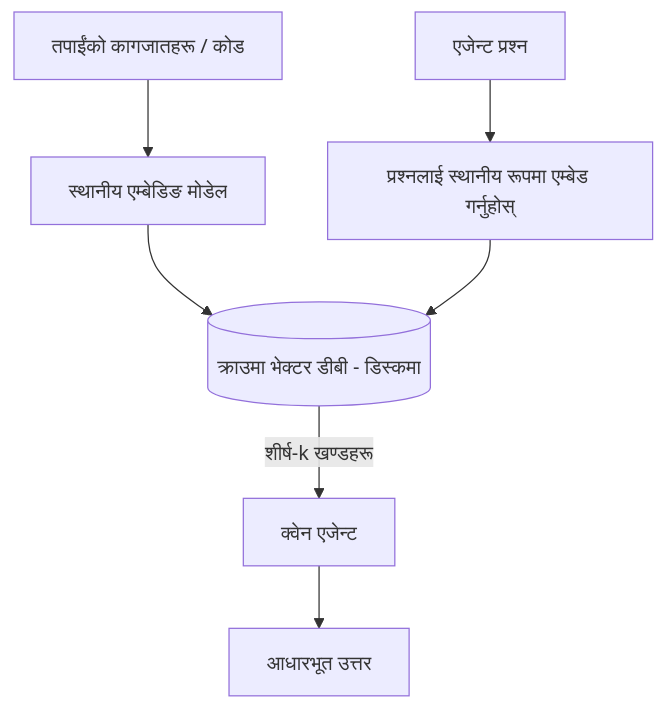
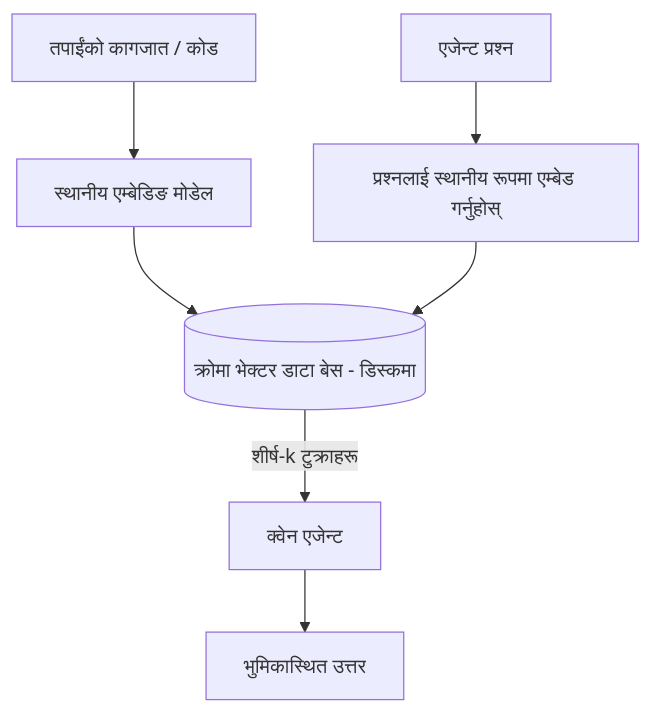
The third of 4 diagrams in translations/ne/17-creating-local-ai-agents/README.md (microsoft/ai-agents-for-beginners), drawn with Mermaid before and after one commit. The commit also changed other lines of this file and 45 other files, not shown here.

````diff
--- a/translations/ne/17-creating-local-ai-agents/README.md
+++ b/translations/ne/17-creating-local-ai-agents/README.md
@@ -125,9 +125,9 @@
 ```mermaid
 flowchart TB
-    D[तपाईंको कागजातहरू / कोड] --> E[स्थानीय एम्बेडिङ मोडेल]
-    E --> V[(क्राउमा भेक्टर डीबी - डिस्कमा)]
+    D[तपाईंको कागजात / कोड] --> E[स्थानीय एम्बेडिङ मोडेल]
+    E --> V[(क्रोमा भेक्टर डाटा बेस - डिस्कमा)]
     Q[एजेन्ट प्रश्न] --> QE[प्रश्नलाई स्थानीय रूपमा एम्बेड गर्नुहोस्]
     QE --> V
-    V -->|शीर्ष-k खण्डहरू| A[क्वेन एजेन्ट]
-    A --> Ans[आधारभूत उत्तर]
+    V -->|शीर्ष-k टुक्राहरू| A[क्वेन एजेन्ट]
+    A --> Ans[भुमिकास्थित उत्तर]
 ```
````
